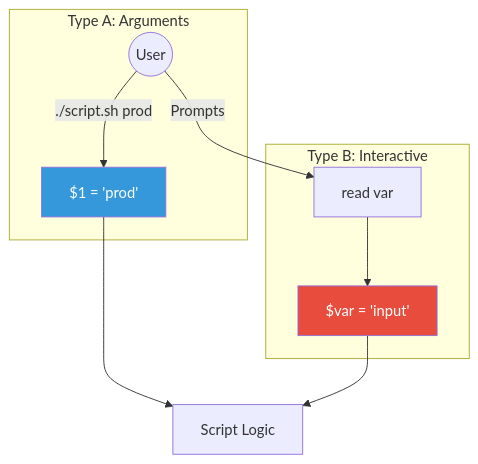
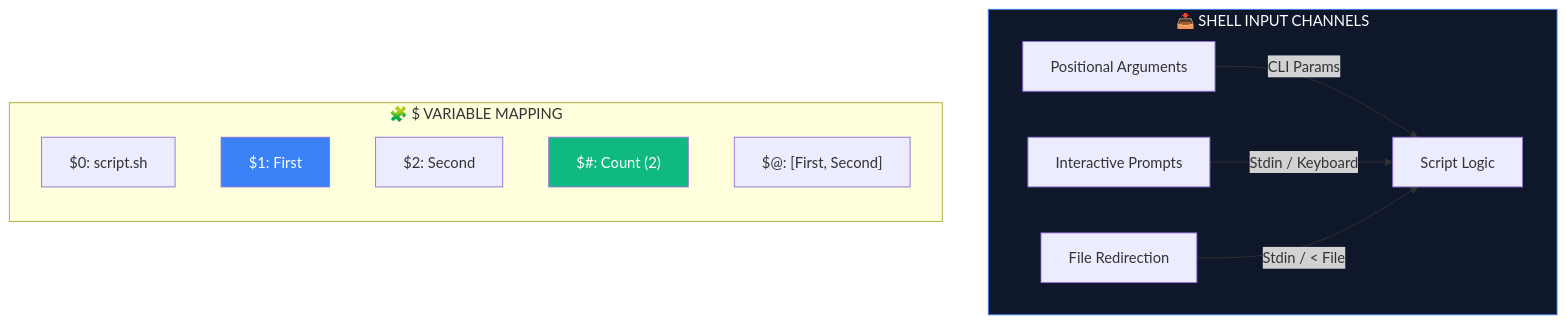
One commit to Ganil151/Devops changed the diagram in 1-Beginner/02-Phase-2/02-Automation/01-Shell-Scripting/13-User-Input/README.md. Above: the diagram before and after it, drawn with Mermaid. The commit also changed other lines of this file and 17 other files, not shown here.

````diff
--- a/1-Beginner/02-Phase-2/02-Automation/01-Shell-Scripting/13-User-Input/README.md
+++ b/1-Beginner/02-Phase-2/02-Automation/01-Shell-Scripting/13-User-Input/README.md
@@ -23,19 +5,22 @@
 ```mermaid
 graph TD
-    User((User))
-    
-    subgraph Positional [Type A: Arguments]
-        User -->|./script.sh prod| Arg1["$1 = 'prod'"]
+    subgraph Input_Sources ["📥 SHELL INPUT CHANNELS"]
+        direction LR
+        P[Positional Arguments] -->|CLI Params| S[Script Logic]
+        I[Interactive Prompts] -->|Stdin / Keyboard| S
+        F[File Redirection] -->|Stdin / < File| S
+    end
+
+    subgraph Positional_Map ["🧩 $ VARIABLE MAPPING"]
+        direction TB
+        Zero["$0: script.sh"]
+        One["$1: First"]
+        Two["$2: Second"]
+        Count["$#: Count (2)"]
+        All["$@: [First, Second]"]
     end
     
-    subgraph Interactive [Type B: Interactive]
-        User -->|Prompts| Read[read var]
-        Read --> Var["$var = 'input'"]
-    end
-    
-    Arg1 --> Script[Script Logic]
-    Var --> Script
-    
-    style Arg1 fill:#3498db,color:#fff
-    style Var fill:#e74c3c,color:#fff
+    style One fill:#3b82f6,color:#fff
+    style Count fill:#10b981,color:#fff
+    style Input_Sources fill:#0f172a,stroke:#3b82f6,color:#fff
 ```
````
